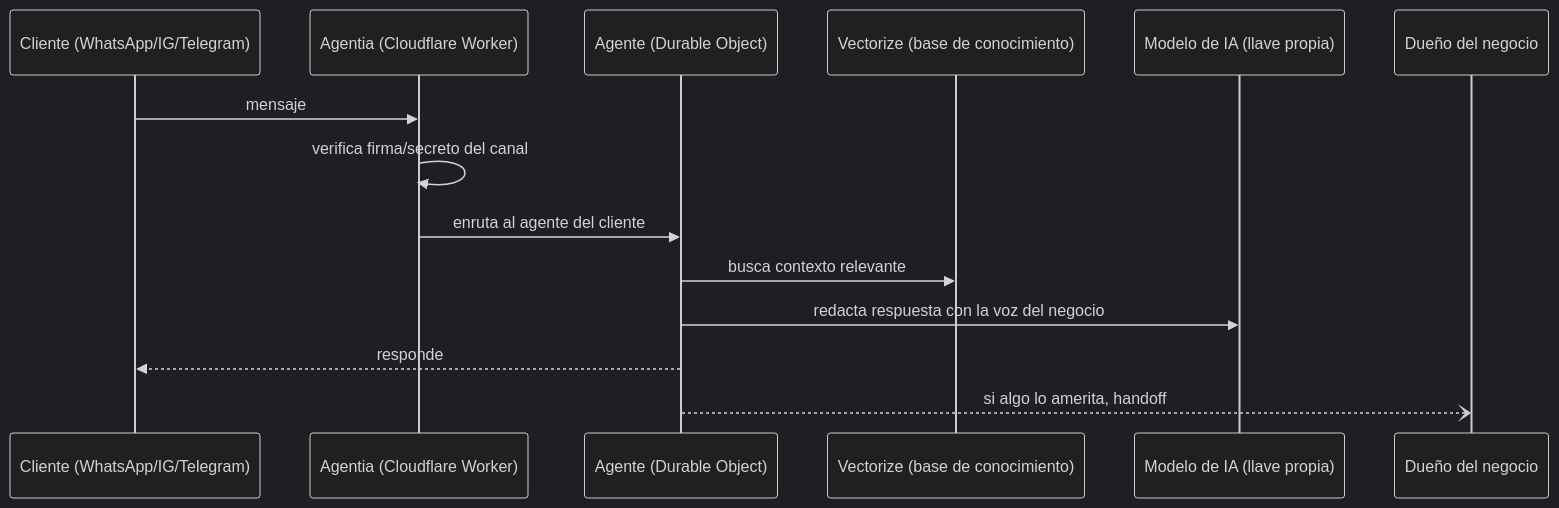
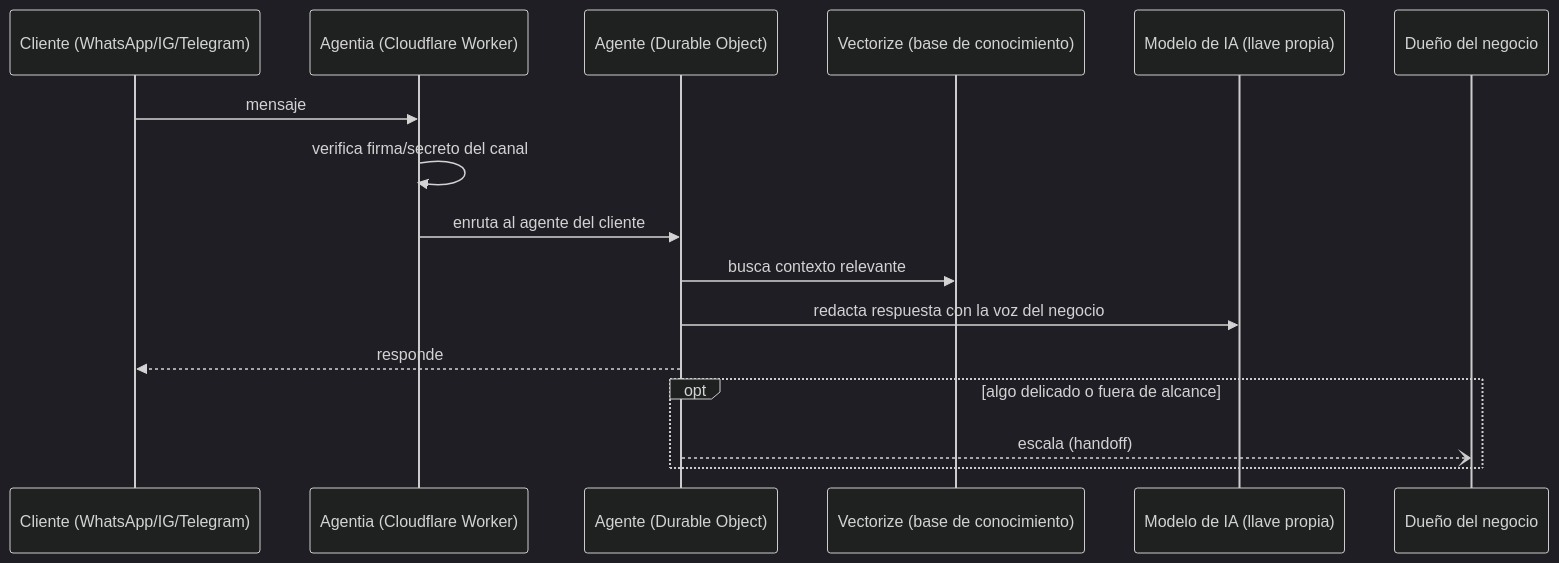
One commit to Consultoriaintegralrf/agentia changed the first of 2 diagrams in README.md. Above: the diagram before and after it, drawn with Mermaid (dark theme). The commit also changed other lines of this file, not shown here.

Commit message:
README: diagrama de arquitectura muestra el escalamiento por handoff y por cliente

````diff
--- a/README.md
+++ b/README.md
@@ -74,17 +76,20 @@
 ```mermaid
 sequenceDiagram
     participant Cliente as Cliente (WhatsApp/IG/Telegram)
     participant Worker as Agentia (Cloudflare Worker)
     participant Agente as Agente (Durable Object)
     participant KB as Vectorize (base de conocimiento)
     participant IA as Modelo de IA (llave propia)
     participant Dueño as Dueño del negocio
 
     Cliente->>Worker: mensaje
     Worker->>Worker: verifica firma/secreto del canal
     Worker->>Agente: enruta al agente del cliente
     Agente->>KB: busca contexto relevante
     Agente->>IA: redacta respuesta con la voz del negocio
     Agente-->>Cliente: responde
-    Agente--)Dueño: si algo lo amerita, handoff
+
+    opt algo delicado o fuera de alcance
+        Agente--)Dueño: escala (handoff)
+    end
 ```
````
